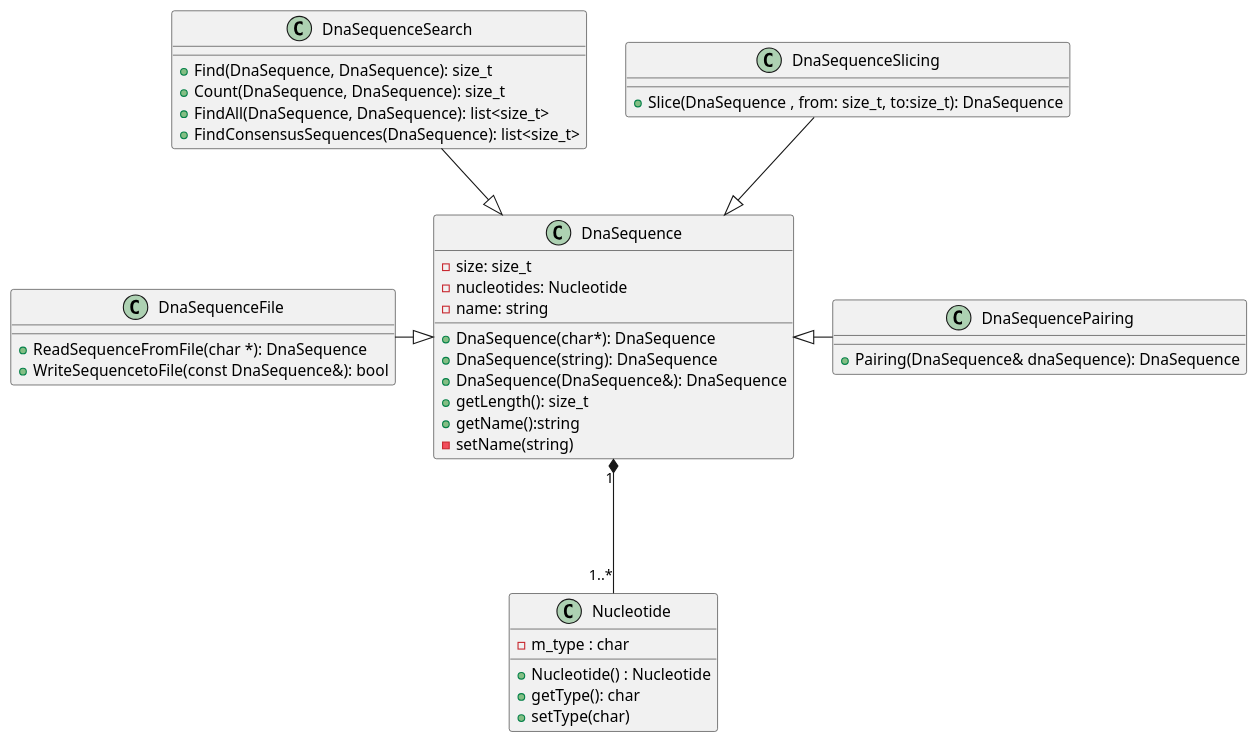
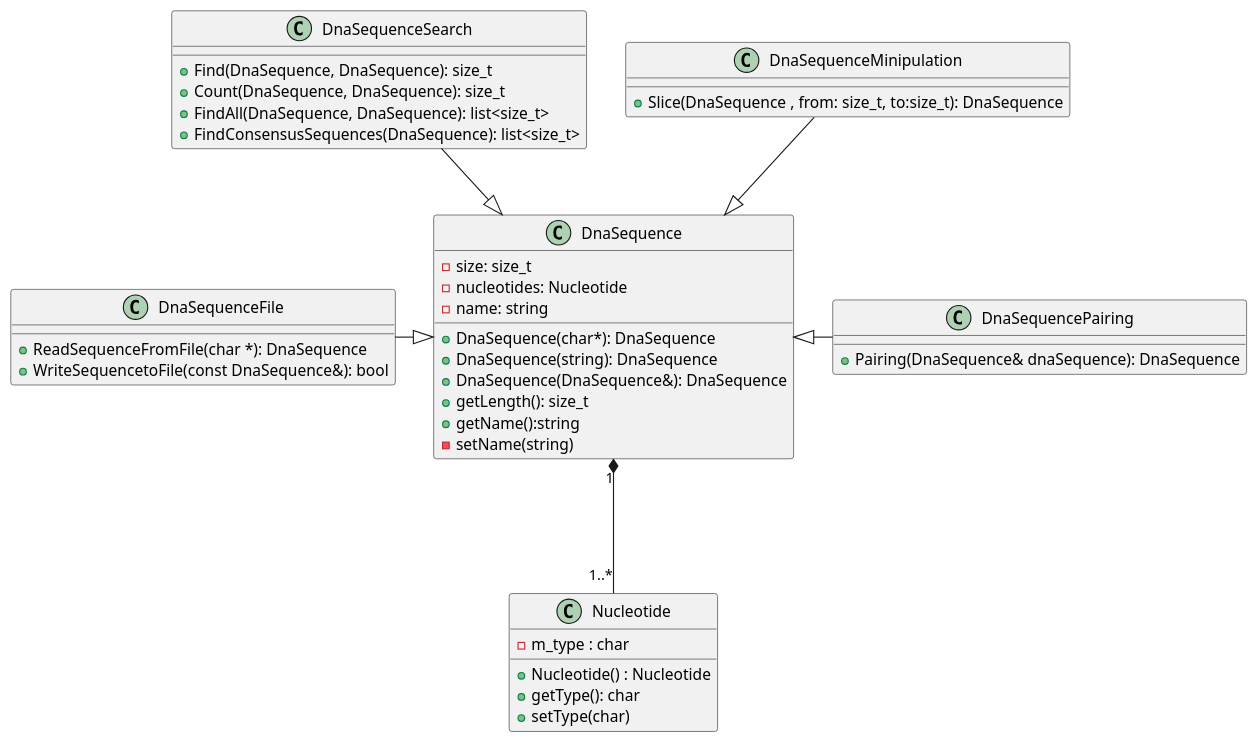
Before and after one commit to m7mood1996/dna-analyzer-project: the first of 3 diagrams in sources/Diagram.md, drawn with PlantUML. The commit also changed 23 other files, not shown here.

````diff
--- a/sources/Diagram.md
+++ b/sources/Diagram.md
@@ -5,56 +5,56 @@
 ```plantuml
 
 class DnaSequence{
     -size: size_t 
     -nucleotides: Nucleotide
     -name: string
     +DnaSequence(char*): DnaSequence
     +DnaSequence(string): DnaSequence
     +DnaSequence(DnaSequence&): DnaSequence
     +getLength(): size_t
     +getName():string
     -setName(string)
 
 }
 
 class Nucleotide {
     -m_type : char 
     +Nucleotide() : Nucleotide
     +getType(): char
     +setType(char) 
 
 }
 DnaSequence "1"*---"1..*" Nucleotide
 DnaSequenceFile -right-|> DnaSequence
 DnaSequencePairing -left-|> DnaSequence
 DnaSequenceSearch --|> DnaSequence
-DnaSequenceSlicing --|> DnaSequence
+DnaSequenceMinipulation --|> DnaSequence
 
 
 class DnaSequenceFile {
     +ReadSequenceFromFile(char *): DnaSequence
     +WriteSequencetoFile(const DnaSequence&): bool
 }
 
 class DnaSequencePairing {
 
     +Pairing(DnaSequence& dnaSequence): DnaSequence 
 
 }
 
 class DnaSequenceSearch {
 
     +Find(DnaSequence, DnaSequence): size_t
     +Count(DnaSequence, DnaSequence): size_t
     +FindAll(DnaSequence, DnaSequence): list<size_t>
     +FindConsensusSequences(DnaSequence): list<size_t> 
 
 }
 
-class DnaSequenceSlicing {
+class DnaSequenceMinipulation {
 
     +Slice(DnaSequence , from: size_t, to:size_t): DnaSequence
 
 }
 
 ```
````
